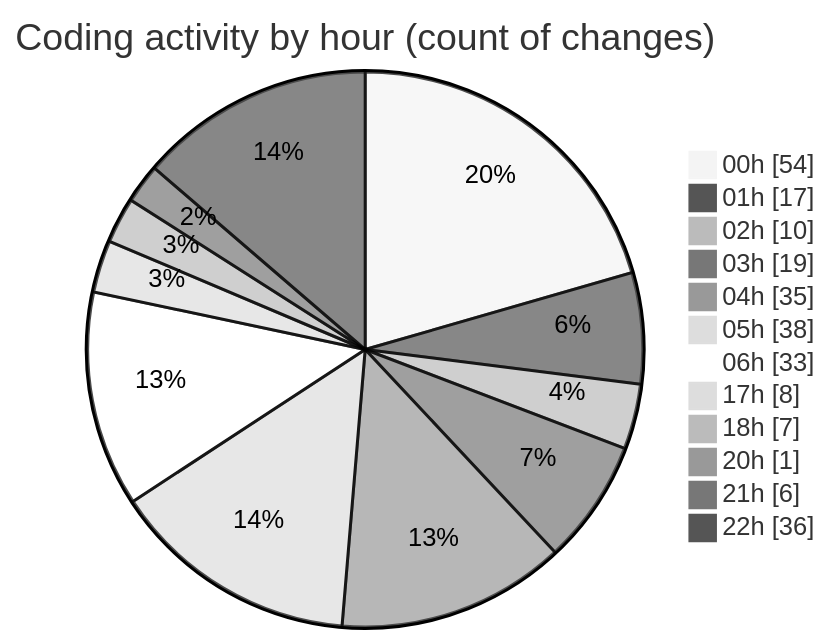
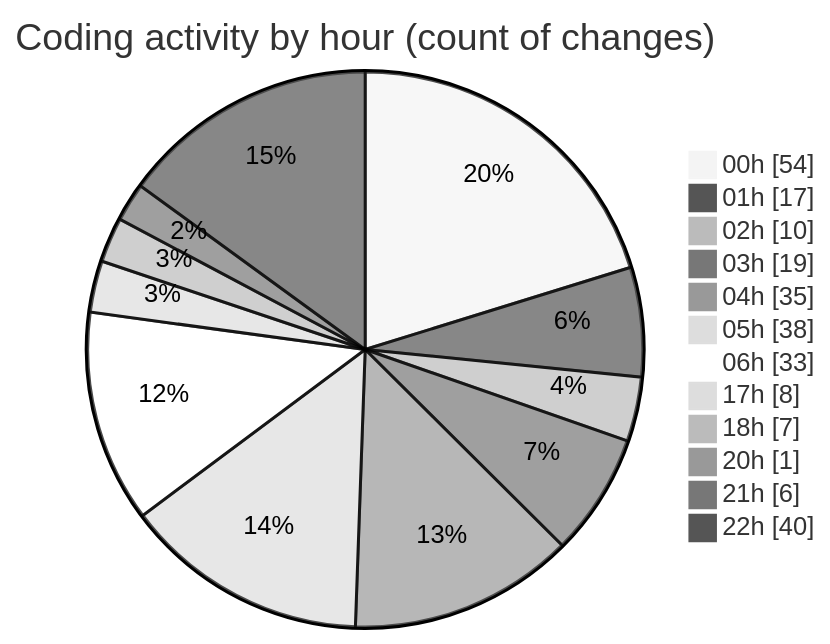
One commit to lephambinh05/code-tracking changed the second of 2 diagrams in 2025-07-26/quanlyrapchieuphim-1/README.md. Above: the diagram before and after it, drawn with Mermaid (neutral theme). The commit also changed other lines of this file and 1 other file, not shown here.

````diff
--- a/2025-07-26/quanlyrapchieuphim-1/README.md
+++ b/2025-07-26/quanlyrapchieuphim-1/README.md
@@ -53,16 +53,16 @@
 ```mermaid
 pie showData
 title Coding activity by hour (count of changes)
 "00h" : 54
 "01h" : 17
 "02h" : 10
 "03h" : 19
 "04h" : 35
 "05h" : 38
 "06h" : 33
 "17h" : 8
 "18h" : 7
 "20h" : 1
 "21h" : 6
-"22h" : 36
+"22h" : 40
 ```
````
